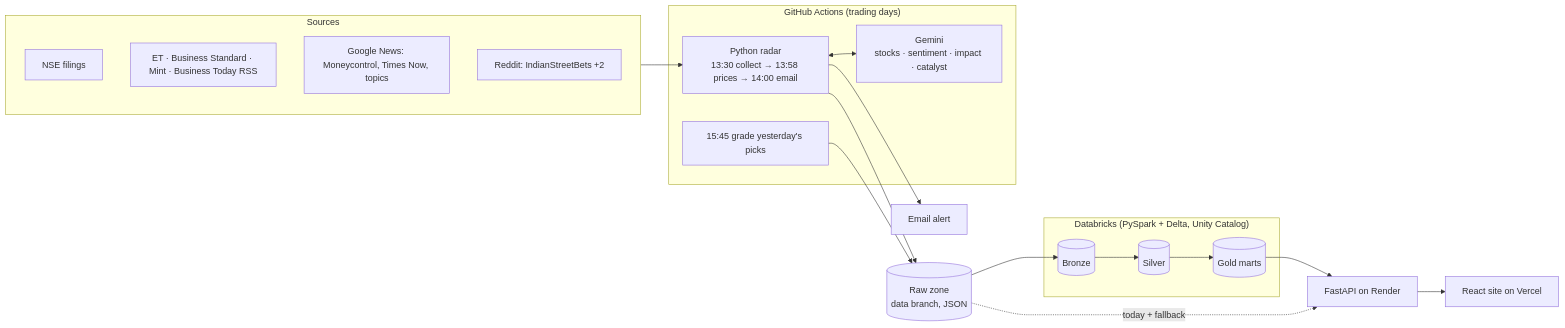
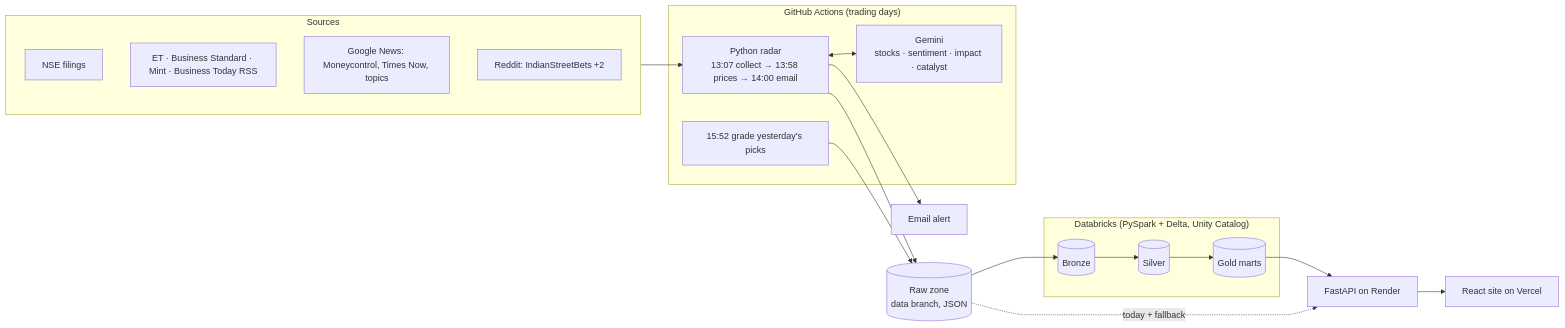
The diagram in README.md (Sakthi1030/databricks-stock-market-lakehouse), drawn with Mermaid before and after one commit. The commit also changed other lines of this file and 3 other files, not shown here.

Commit message:
Start the radar at 13:07 IST and grade at 15:52, away from busy cron slots

````diff
--- a/README.md
+++ b/README.md
@@ -17,28 +17,28 @@
 ```mermaid
 flowchart LR
     subgraph Sources
       N[NSE filings]
       R[ET · Business Standard · Mint · Business Today RSS]
       G[Google News: Moneycontrol, Times Now, topics]
       D[Reddit: IndianStreetBets +2]
     end
     subgraph "GitHub Actions (trading days)"
-      P[Python radar<br/>13:30 collect → 13:58 prices → 14:00 email]
+      P[Python radar<br/>13:07 collect → 13:58 prices → 14:00 email]
       M[Gemini<br/>stocks · sentiment · impact · catalyst]
-      O[15:45 grade yesterday's picks]
+      O[15:52 grade yesterday's picks]
     end
     Sources --> P
     P <--> M
     P --> E[Email alert]
     P --> Z[(Raw zone<br/>data branch, JSON)]
     O --> Z
     Z --> B[(Bronze)] --> S[(Silver)] --> GD[(Gold marts)]
     subgraph "Databricks (PySpark + Delta, Unity Catalog)"
       B
       S
       GD
     end
     GD --> API[FastAPI on Render]
     Z -. today + fallback .-> API
     API --> W[React site on Vercel]
 ```
````
